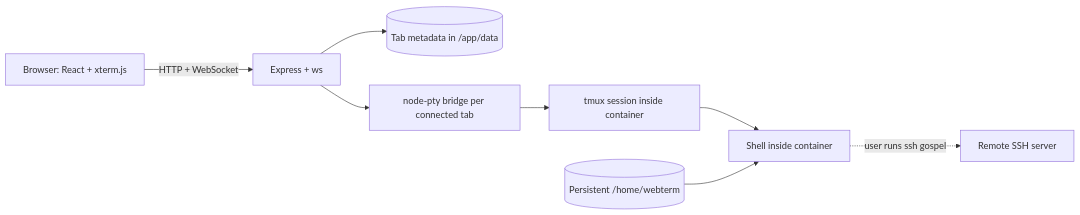
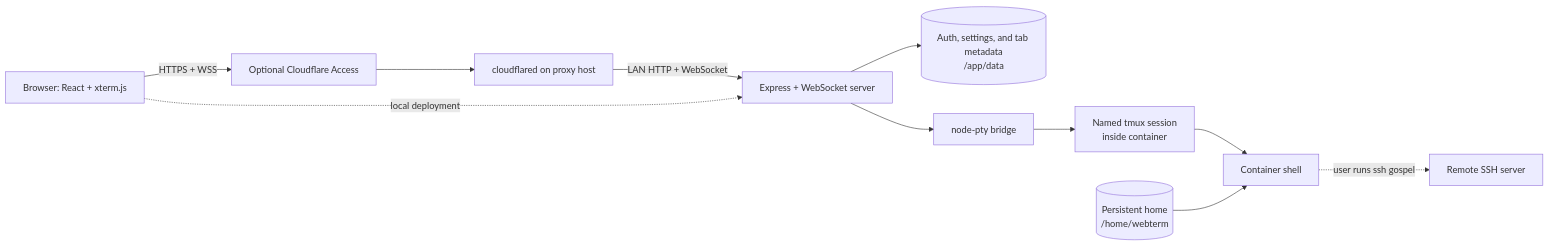
Before and after one commit to FlancrestInc/flanterminal: the diagram in README.md, drawn with Mermaid. The commit also changed other lines of this file and 21 other files, not shown here.

````diff
--- a/README.md
+++ b/README.md
@@ -9,10 +9,24 @@
 ```mermaid
 flowchart LR
-  Browser[Browser: React + xterm.js] -->|HTTP + WebSocket| Server[Express + ws]
-  Server --> Store[(Tab metadata in /app/data)]
-  Server --> Bridge[node-pty bridge per connected tab]
-  Bridge --> Tmux[tmux session inside container]
-  Tmux --> Shell[Shell inside container]
-  Shell -. user runs ssh gospel .-> Remote[Remote SSH server]
-  Home[(Persistent /home/webterm)] --> Shell
+  Browser[Browser: React + xterm.js]
+  Access[Optional Cloudflare Access]
+  Tunnel[cloudflared on proxy host]
+  Server[Express + WebSocket server]
+  Metadata[(Auth, settings, and tab metadata<br/>/app/data)]
+  Bridge[node-pty bridge]
+  Tmux[Named tmux session<br/>inside container]
+  Shell[Container shell]
+  Home[(Persistent home<br/>/home/webterm)]
+  Remote[Remote SSH server]
+
+  Browser -->|HTTPS + WSS| Access
+  Access --> Tunnel
+  Tunnel -->|LAN HTTP + WebSocket| Server
+  Browser -. local deployment .-> Server
+  Server --> Metadata
+  Server --> Bridge
+  Bridge --> Tmux
+  Tmux --> Shell
+  Home --> Shell
+  Shell -. user runs ssh gospel .-> Remote
 ```
````
